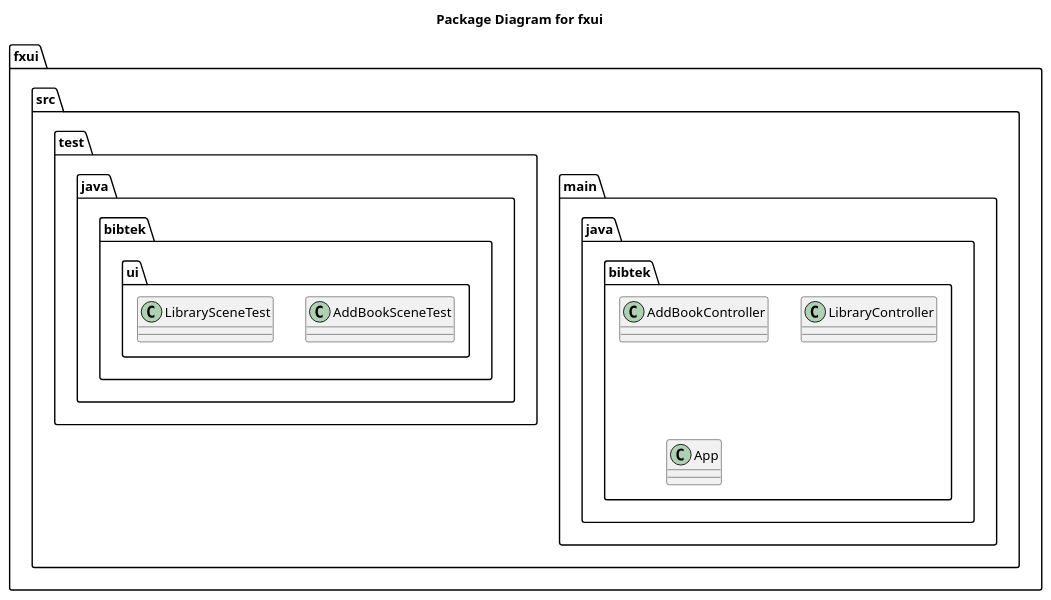
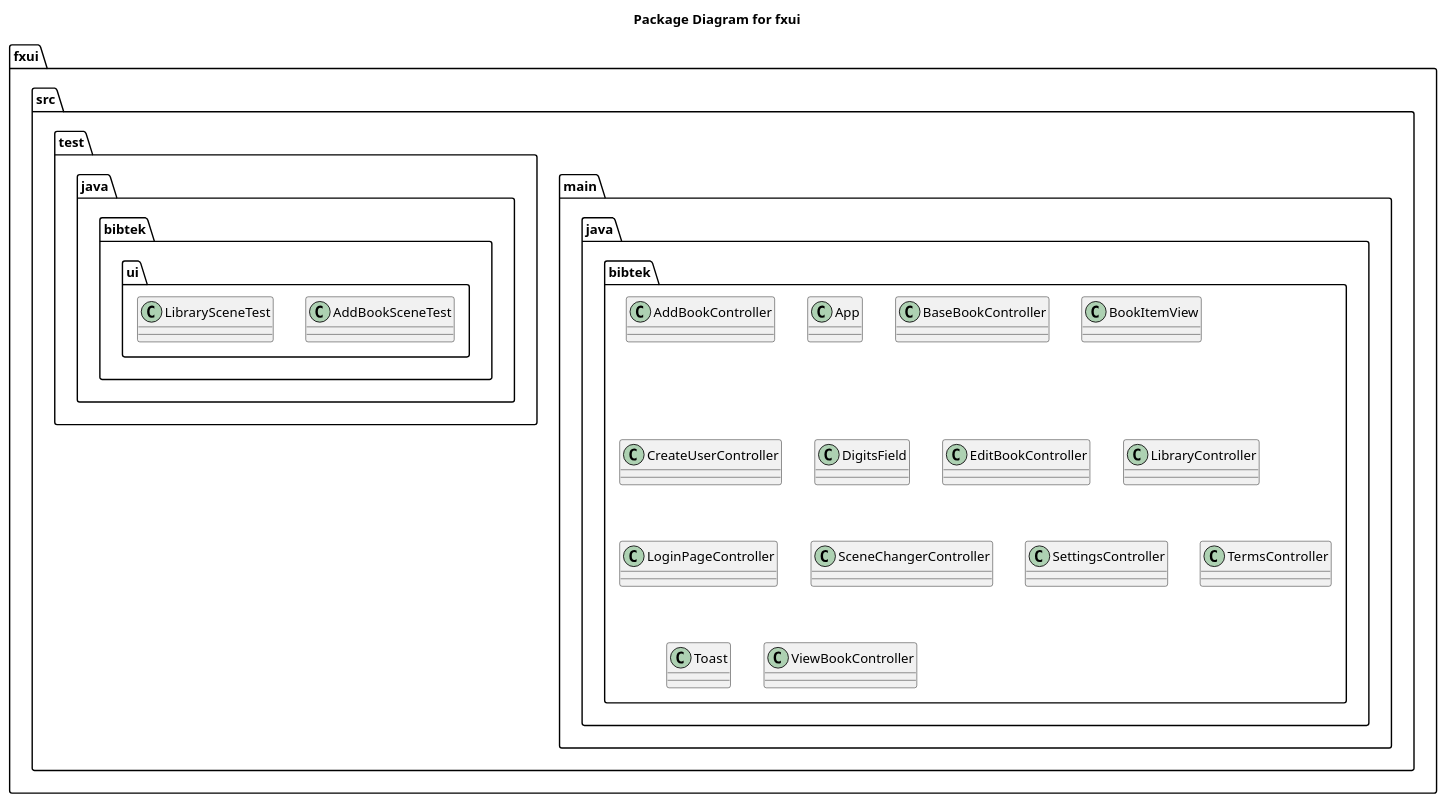
The diagram in bibtek/fxui/fxuiPackageDiagram.puml (Mathiazom/bibtek), drawn with PlantUML before and after one commit. The commit also changed 5 other files, not shown here.

Commit message:
Update class and package diagrams

```diff
--- a/bibtek/fxui/fxuiPackageDiagram.puml
+++ b/bibtek/fxui/fxuiPackageDiagram.puml
@@ -1,21 +1,33 @@
 @startuml fxuiPackageDiagram
 title Package Diagram for fxui
 namespace fxui {
     namespace src {
         namespace main.java.bibtek {
             class AddBookController
+            class App
+            class BaseBookController
+            class BookItemView
+            class CreateUserController
+            class DigitsField
+            class EditBookController
             class LibraryController
-            class App
+            class LoginPageController
+            class SceneChangerController
+            class SettingsController
+            class TermsController
+            class Toast
+            class ViewBookController
+
         }
         namespace test.java.bibtek {
             namespace ui {
                 class AddBookSceneTest
                 class LibrarySceneTest
             }
         }
         
     }
 }
 
 
 @enduml
```
